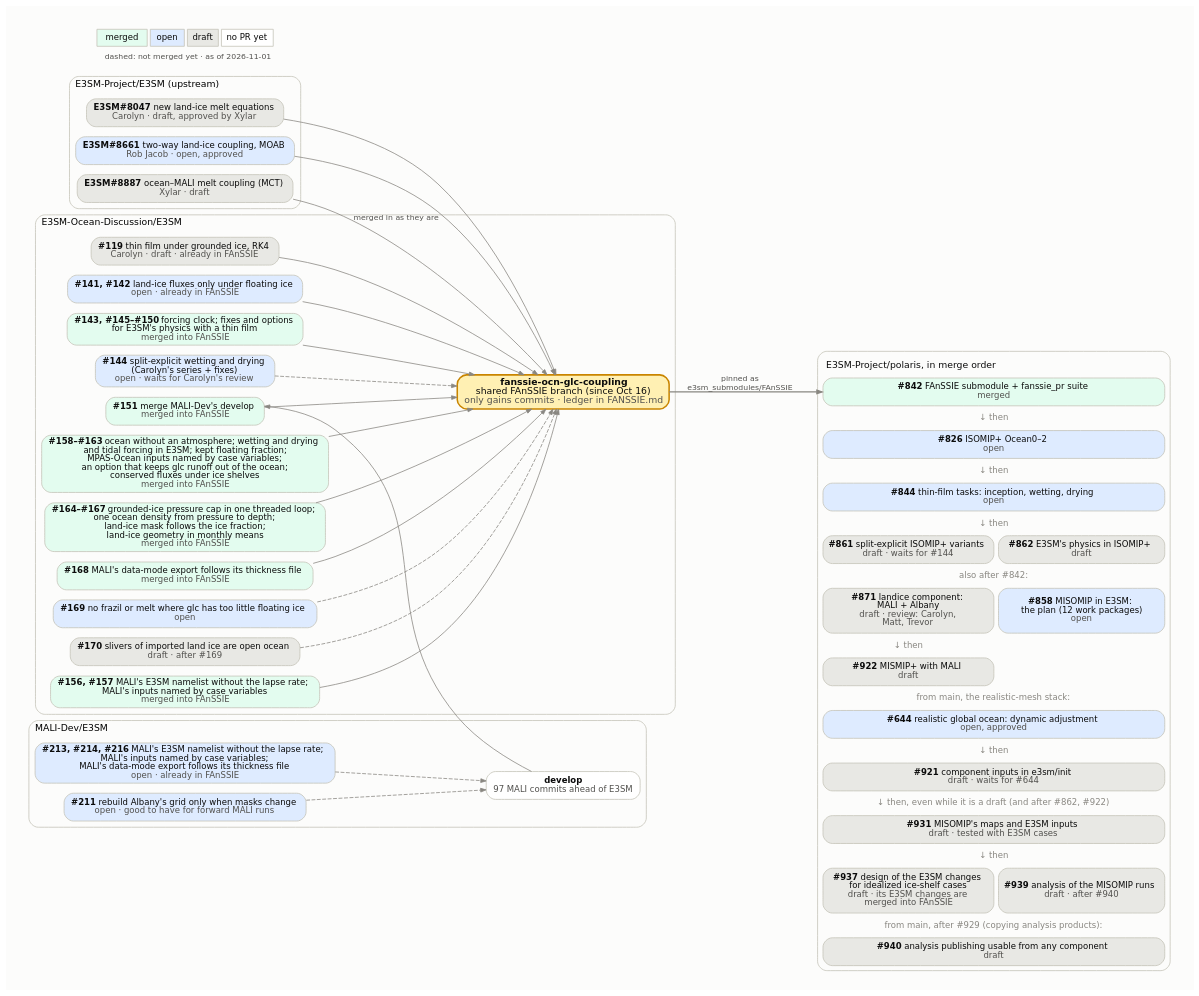
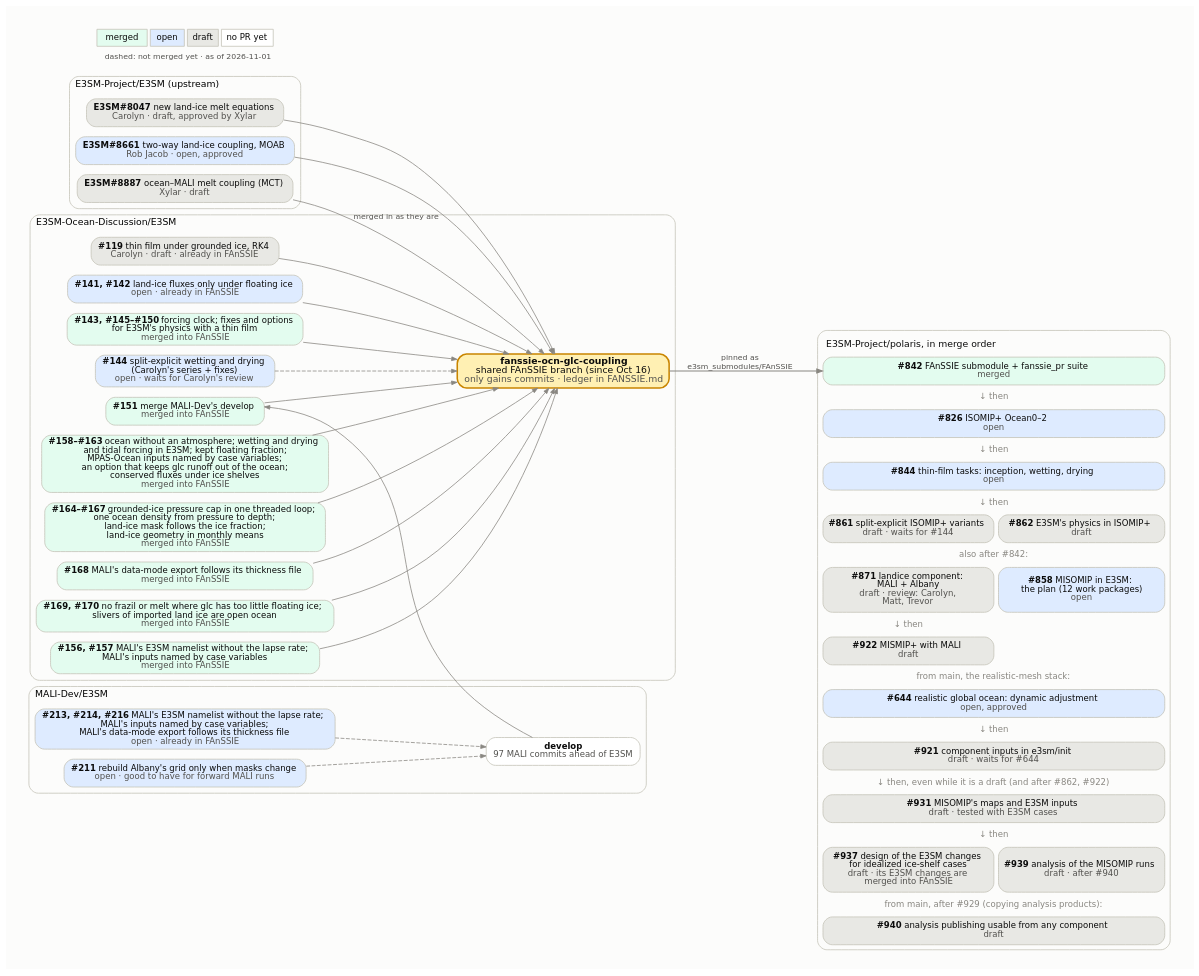
One commit to E3SM-Project/polaris changed the diagram in docs/design_docs/misomip/code_flow.dot. Above: the diagram before and after it, drawn with Graphviz. The commit also changed 3 other files, not shown here.

Commit message:
Show the frazil-skip and sliver fixes as merged in the MISOMIP figures

```diff
--- a/docs/design_docs/misomip/code_flow.dot
+++ b/docs/design_docs/misomip/code_flow.dot
@@ -1,113 +1,111 @@
 // How the upstream E3SM PRs, the E3SM-Ocean-Discussion PRs, the
 // fanssie-ocn-glc-coupling branch and the Polaris PRs fit together.
 //
 // Regenerate with Graphviz 14 (Chrysalis's /usr/bin/dot 2.40 lays it out
 // wider), with the text drawn as paths so it looks the same everywhere:
 //
 //     pixi exec -s graphviz dot -Tsvg:cairo code_flow.dot -o code_flow.svg
 //
 // Fill by state: merged #e3fcef, open #deebff, draft #e8e8e4, no PR yet
 // #ffffff. Dashed edges into the FAnSSIE branch mark PRs not merged into it
 // yet. The Polaris side is one HTML-table node, in merge order, because
 // Graphviz would not keep separate boxes in that order. Update the date in
 // the legend.
 digraph fanssie {
   rankdir=LR;
   bgcolor="#fcfcfb";
   pad=0.3;
   nodesep=0.18;
   ranksep=0.7;
   fontname="DejaVu Sans";
   node [shape=box, style="rounded,filled", fontname="DejaVu Sans",
         fontsize=11, color="#c3c2b7", fontcolor="#0b0b0b", penwidth=1,
         margin="0.12,0.06"];
   edge [color="#898781", arrowsize=0.7, fontname="DejaVu Sans",
         fontsize=10, fontcolor="#52514e"];
 
   subgraph cluster_upstream {
     label="E3SM-Project/E3SM (upstream)";
     labeljust=l; fontsize=12; color="#c3c2b7"; style="rounded";
     e8047 [label=<<b>E3SM#8047</b>  new land-ice melt equations<br/><font color="#52514e">Carolyn · draft, approved by Xylar</font>>, fillcolor="#e8e8e4"];
     e8661 [label=<<b>E3SM#8661</b>  two-way land-ice coupling, MOAB<br/><font color="#52514e">Rob Jacob · open, approved</font>>, fillcolor="#deebff"];
     e8887 [label=<<b>E3SM#8887</b>  ocean–MALI melt coupling (MCT)<br/><font color="#52514e">Xylar · draft</font>>, fillcolor="#e8e8e4"];
   }
 
   subgraph cluster_malidev {
     label="MALI-Dev/E3SM";
     labeljust=l; fontsize=12; color="#c3c2b7"; style="rounded";
     malidev [label=<<b>develop</b><br/><font color="#52514e">97 MALI commits ahead of E3SM</font>>, fillcolor="#ffffff"];
     m213 [label=<<b>#213, #214, #216</b>  MALI's E3SM namelist without the lapse rate;<br/>MALI's inputs named by case variables;<br/>MALI's data-mode export follows its thickness file<br/><font color="#52514e">open · already in FAnSSIE</font>>, fillcolor="#deebff"];
     m211 [label=<<b>#211</b>  rebuild Albany's grid only when masks change<br/><font color="#52514e">open · good to have for forward MALI runs</font>>, fillcolor="#deebff"];
   }
 
   subgraph cluster_eod {
     label="E3SM-Ocean-Discussion/E3SM";
     labeljust=l; fontsize=12; color="#c3c2b7"; style="rounded";
     d119 [label=<<b>#119</b>  thin film under grounded ice, RK4<br/><font color="#52514e">Carolyn · draft · already in FAnSSIE</font>>, fillcolor="#e8e8e4"];
     d141 [label=<<b>#141, #142</b>  land-ice fluxes only under floating ice<br/><font color="#52514e">open · already in FAnSSIE</font>>, fillcolor="#deebff"];
     d143 [label=<<b>#143, #145–#150</b>  forcing clock; fixes and options<br/>for E3SM's physics with a thin film<br/><font color="#52514e">merged into FAnSSIE</font>>, fillcolor="#e3fcef"];
     d144 [label=<<b>#144</b>  split-explicit wetting and drying<br/>(Carolyn's series + fixes)<br/><font color="#52514e">open · waits for Carolyn's review</font>>, fillcolor="#deebff"];
     d151 [label=<<b>#151</b>  merge MALI-Dev's develop<br/><font color="#52514e">merged into FAnSSIE</font>>, fillcolor="#e3fcef"];
     d158 [label=<<b>#158–#163</b>  ocean without an atmosphere; wetting and drying<br/>and tidal forcing in E3SM; kept floating fraction;<br/>MPAS-Ocean inputs named by case variables;<br/>an option that keeps glc runoff out of the ocean;<br/>conserved fluxes under ice shelves<br/><font color="#52514e">merged into FAnSSIE</font>>, fillcolor="#e3fcef"];
     d164 [label=<<b>#164–#167</b>  grounded-ice pressure cap in one threaded loop;<br/>one ocean density from pressure to depth;<br/>land-ice mask follows the ice fraction;<br/>land-ice geometry in monthly means<br/><font color="#52514e">merged into FAnSSIE</font>>, fillcolor="#e3fcef"];
     d168 [label=<<b>#168</b>  MALI's data-mode export follows its thickness file<br/><font color="#52514e">merged into FAnSSIE</font>>, fillcolor="#e3fcef"];
-    d169 [label=<<b>#169</b>  no frazil or melt where glc has too little floating ice<br/><font color="#52514e">open</font>>, fillcolor="#deebff"];
-    d170 [label=<<b>#170</b>  slivers of imported land ice are open ocean<br/><font color="#52514e">draft · after #169</font>>, fillcolor="#e8e8e4"];
+    d169 [label=<<b>#169, #170</b>  no frazil or melt where glc has too little floating ice;<br/>slivers of imported land ice are open ocean<br/><font color="#52514e">merged into FAnSSIE</font>>, fillcolor="#e3fcef"];
     d156 [label=<<b>#156, #157</b>  MALI's E3SM namelist without the lapse rate;<br/>MALI's inputs named by case variables<br/><font color="#52514e">merged into FAnSSIE</font>>, fillcolor="#e3fcef"];
     fanssie [label=<<b>fanssie-ocn-glc-coupling</b><br/>shared FAnSSIE branch (since Oct 16)<br/><font color="#52514e">only gains commits · ledger in FANSSIE.md</font>>,
              fillcolor="#fff0b3", penwidth=2, color="#c98500", fontsize=12];
   }
 
   polaris [shape=plaintext, style="", label=<
     <table border="1" color="#c3c2b7" style="rounded" cellborder="1" cellspacing="6" cellpadding="4" bgcolor="#fcfcfb">
       <tr><td border="0" colspan="2" align="left"><font point-size="12">E3SM-Project/polaris, in merge order</font></td></tr>
       <tr><td port="p842" bgcolor="#e3fcef" colspan="2" style="rounded" cellpadding="6"><b>#842</b>  FAnSSIE submodule + fanssie_pr suite<br/><font color="#52514e">merged</font></td></tr>
       <tr><td border="0" colspan="2"><font color="#898781">↓ then</font></td></tr>
       <tr><td port="p826" bgcolor="#deebff" colspan="2" style="rounded" cellpadding="6"><b>#826</b>  ISOMIP+ Ocean0–2<br/><font color="#52514e">open</font></td></tr>
       <tr><td border="0" colspan="2"><font color="#898781">↓ then</font></td></tr>
       <tr><td port="p844" bgcolor="#deebff" colspan="2" style="rounded" cellpadding="6"><b>#844</b>  thin-film tasks: inception, wetting, drying<br/><font color="#52514e">open</font></td></tr>
       <tr><td border="0" colspan="2"><font color="#898781">↓ then</font></td></tr>
       <tr><td port="p861" bgcolor="#e8e8e4" colspan="1" style="rounded" cellpadding="6"><b>#861</b>  split-explicit ISOMIP+ variants<br/><font color="#52514e">draft · waits for #144</font></td><td port="p862" bgcolor="#e8e8e4" colspan="1" style="rounded" cellpadding="6"><b>#862</b>  E3SM's physics in ISOMIP+<br/><font color="#52514e">draft</font></td></tr>
       <tr><td border="0" colspan="2"><font color="#898781">also after #842:</font></td></tr>
       <tr><td port="p871" bgcolor="#e8e8e4" colspan="1" style="rounded" cellpadding="6"><b>#871</b>  landice component:<br/>MALI + Albany<br/><font color="#52514e">draft · review: Carolyn,<br/>Matt, Trevor</font></td><td port="p858" bgcolor="#deebff" colspan="1" style="rounded" cellpadding="6"><b>#858</b>  MISOMIP in E3SM:<br/>the plan (12 work packages)<br/><font color="#52514e">open</font></td></tr>
       <tr><td border="0" colspan="1"><font color="#898781">↓ then</font></td><td border="0" colspan="1"></td></tr>
       <tr><td port="p922" bgcolor="#e8e8e4" colspan="1" style="rounded" cellpadding="6"><b>#922</b>  MISMIP+ with MALI<br/><font color="#52514e">draft</font></td><td border="0" colspan="1"></td></tr>
       <tr><td border="0" colspan="2"><font color="#898781">from main, the realistic-mesh stack:</font></td></tr>
       <tr><td port="p644" bgcolor="#deebff" colspan="2" style="rounded" cellpadding="6"><b>#644</b>  realistic global ocean: dynamic adjustment<br/><font color="#52514e">open, approved</font></td></tr>
       <tr><td border="0" colspan="2"><font color="#898781">↓ then</font></td></tr>
       <tr><td port="p921" bgcolor="#e8e8e4" colspan="2" style="rounded" cellpadding="6"><b>#921</b>  component inputs in e3sm/init<br/><font color="#52514e">draft · waits for #644</font></td></tr>
       <tr><td border="0" colspan="2"><font color="#898781">↓ then, even while it is a draft (and after #862, #922)</font></td></tr>
       <tr><td port="pwp56" bgcolor="#e8e8e4" colspan="2" style="rounded" cellpadding="6"><b>#931</b>  MISOMIP's maps and E3SM inputs<br/><font color="#52514e">draft · tested with E3SM cases</font></td></tr>
       <tr><td border="0" colspan="2"><font color="#898781">↓ then</font></td></tr>
       <tr><td port="pwp7" bgcolor="#e8e8e4" colspan="1" style="rounded" cellpadding="6"><b>#937</b>  design of the E3SM changes<br/>for idealized ice-shelf cases<br/><font color="#52514e">draft · its E3SM changes are<br/>merged into FAnSSIE</font></td><td port="pwp9" bgcolor="#e8e8e4" colspan="1" style="rounded" cellpadding="6"><b>#939</b>  analysis of the MISOMIP runs<br/><font color="#52514e">draft · after #940</font></td></tr>
       <tr><td border="0" colspan="2"><font color="#898781">from main, after #929 (copying analysis products):</font></td></tr>
       <tr><td port="p940" bgcolor="#e8e8e4" colspan="2" style="rounded" cellpadding="6"><b>#940</b>  analysis publishing usable from any component<br/><font color="#52514e">draft</font></td></tr>
     </table>>];
 
   e8047 -> fanssie;
   e8661 -> fanssie;
   e8887 -> fanssie [label="merged in as they are"];
   d119 -> fanssie;
   d141 -> fanssie;
   d143 -> fanssie;
   d144 -> fanssie [style=dashed];
   m211 -> malidev [style=dashed];
   m213 -> malidev [style=dashed];
   d156 -> fanssie;
   d158 -> fanssie;
   d164 -> fanssie;
   d168 -> fanssie;
-  d169 -> fanssie [style=dashed];
-  d170 -> fanssie [style=dashed];
+  d169 -> fanssie;
   malidev -> d151 [constraint=false];
   d151 -> fanssie;
 
   fanssie -> polaris:p842 [label="pinned as
 e3sm_submodules/FAnSSIE", penwidth=1.5];
 
   legend [shape=plaintext, style="", label=<
     <table border="0" cellborder="1" cellspacing="4" cellpadding="4" color="#c3c2b7">
       <tr><td bgcolor="#e3fcef">merged</td><td bgcolor="#deebff">open</td><td bgcolor="#e8e8e4">draft</td><td bgcolor="#ffffff">no PR yet</td></tr>
       <tr><td colspan="4" border="0"><font point-size="10" color="#52514e">dashed: not merged yet · as of 2026-11-01</font></td></tr>
     </table>>];
 }
```
